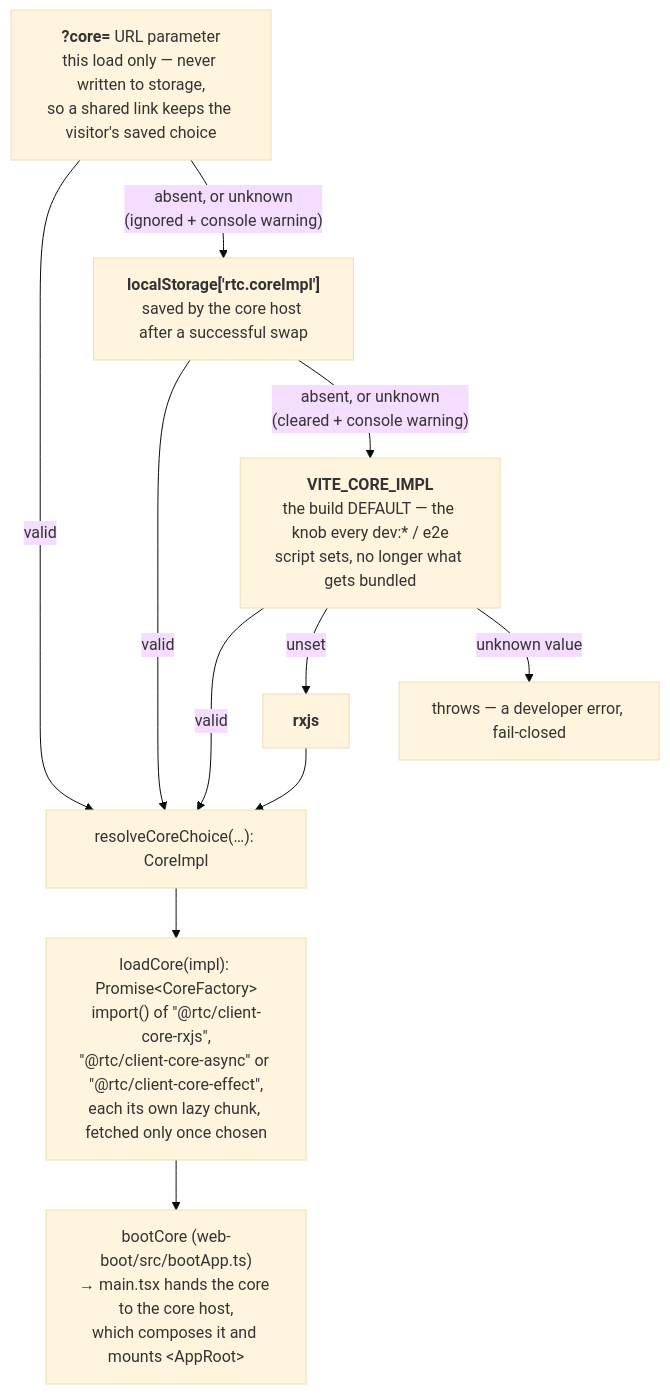
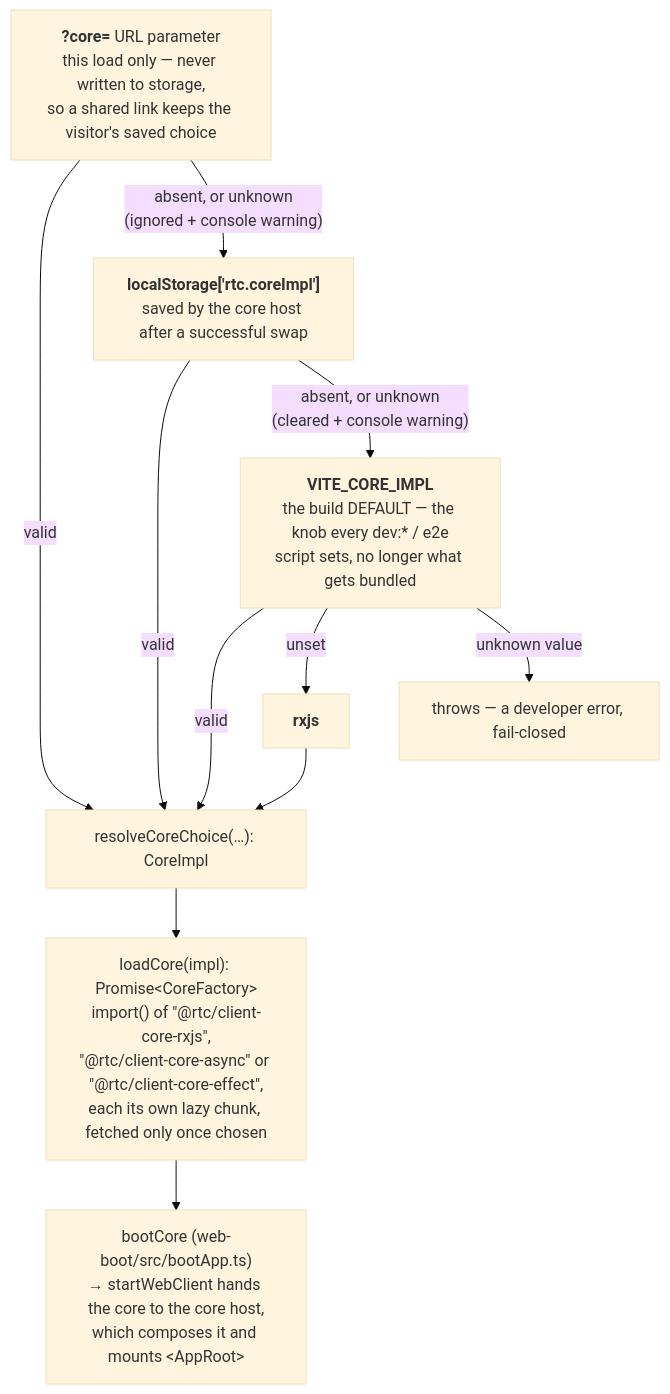
The second of 2 diagrams in docs/architecture/22-pluggable-application-core.md (bettersoftware-io/ReactiveTraderCloudClone), drawn with Mermaid (base theme) before and after one commit. The commit also changed 39 other files, not shown here.

First line of the commit message:
test: one test for both clients' deployed files; docs: startWebClient closes the web-boot workstream

````diff
--- a/docs/architecture/22-pluggable-application-core.md
+++ b/docs/architecture/22-pluggable-application-core.md
@@ -114,22 +114,22 @@
 ```mermaid
 flowchart TD
   url["<b>?core=</b> URL parameter<br/>this load only — never written to storage,<br/>so a shared link keeps the visitor's saved choice"]
   stored["<b>localStorage['rtc.coreImpl']</b><br/>saved by the core host after a successful swap"]
   build["<b>VITE_CORE_IMPL</b><br/>the build DEFAULT — the knob every dev:* / e2e<br/>script sets, no longer what gets bundled"]
   fallback["<b>rxjs</b>"]
   fail["throws — a developer error, fail-closed"]
   resolved["resolveCoreChoice(…): CoreImpl"]
   load["loadCore(impl): Promise#lt;CoreFactory#gt;<br/>import() of #quot;@rtc/client-core-rxjs#quot;,<br/>#quot;@rtc/client-core-async#quot; or #quot;@rtc/client-core-effect#quot;,<br/>each its own lazy chunk, fetched only once chosen"]
-  boot["bootCore (web-boot/src/bootApp.ts)<br/>→ main.tsx hands the core to the core host,<br/>which composes it and mounts #lt;AppRoot#gt;"]
+  boot["bootCore (web-boot/src/bootApp.ts)<br/>→ startWebClient hands the core to the core host,<br/>which composes it and mounts #lt;AppRoot#gt;"]
 
   url -- "valid" --> resolved
   url -- "absent, or unknown<br/>(ignored + console warning)" --> stored
   stored -- "valid" --> resolved
   stored -- "absent, or unknown<br/>(cleared + console warning)" --> build
   build -- "valid" --> resolved
   build -- "unset" --> fallback
   build -- "unknown value" --> fail
   fallback --> resolved
   resolved --> load
   load --> boot
 ```
````
